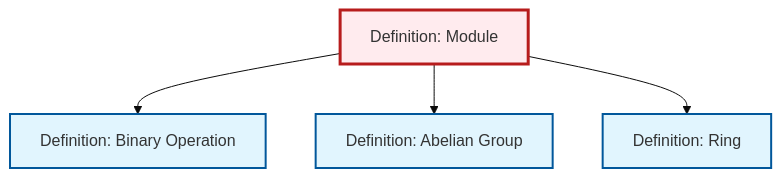
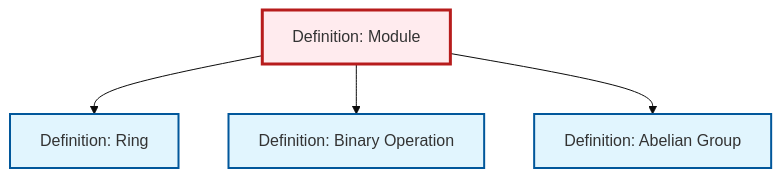
Before and after one commit to RK0429/ModernMath: the diagram in content/en/algebra/def-module.qmd, drawn with Mermaid (base theme). The commit also changed other lines of this file and 497 other files, not shown here.

````diff
--- a/content/en/algebra/def-module.qmd
+++ b/content/en/algebra/def-module.qmd
@@ -55,20 +55,20 @@
 ```{mermaid}
 %%| fig-cap: "Local dependency graph"
 graph TD
     classDef definition fill:#e1f5fe,stroke:#01579b,stroke-width:2px
     classDef theorem fill:#f3e5f5,stroke:#4a148c,stroke-width:2px
     classDef axiom fill:#fff3e0,stroke:#e65100,stroke-width:2px
     classDef example fill:#e8f5e9,stroke:#1b5e20,stroke-width:2px
     classDef current fill:#ffebee,stroke:#b71c1c,stroke-width:3px
+    def-binary-operation["Definition: Binary Operation"]:::definition
     def-abelian-group["Definition: Abelian Group"]:::definition
     def-ring["Definition: Ring"]:::definition
-    def-binary-operation["Definition: Binary Operation"]:::definition
     def-module["Definition: Module"]:::definition
+    def-module --> def-ring
     def-module --> def-binary-operation
     def-module --> def-abelian-group
-    def-module --> def-ring
     class def-module current
+    click def-binary-operation "def-binary-operation.html" "Go to Binary Operation definition"
     click def-abelian-group "def-abelian-group.html" "Go to Abelian Group definition"
     click def-ring "def-ring.html" "Go to Ring definition"
-    click def-binary-operation "def-binary-operation.html" "Go to Binary Operation definition"
 ```
````
